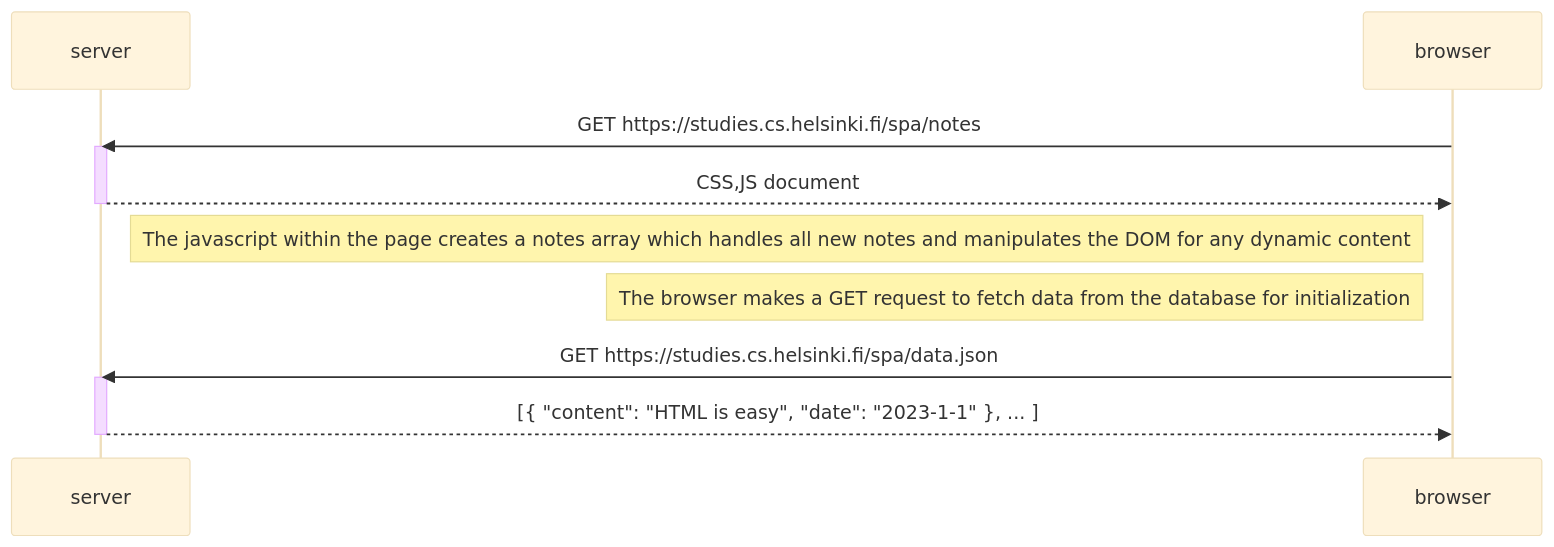
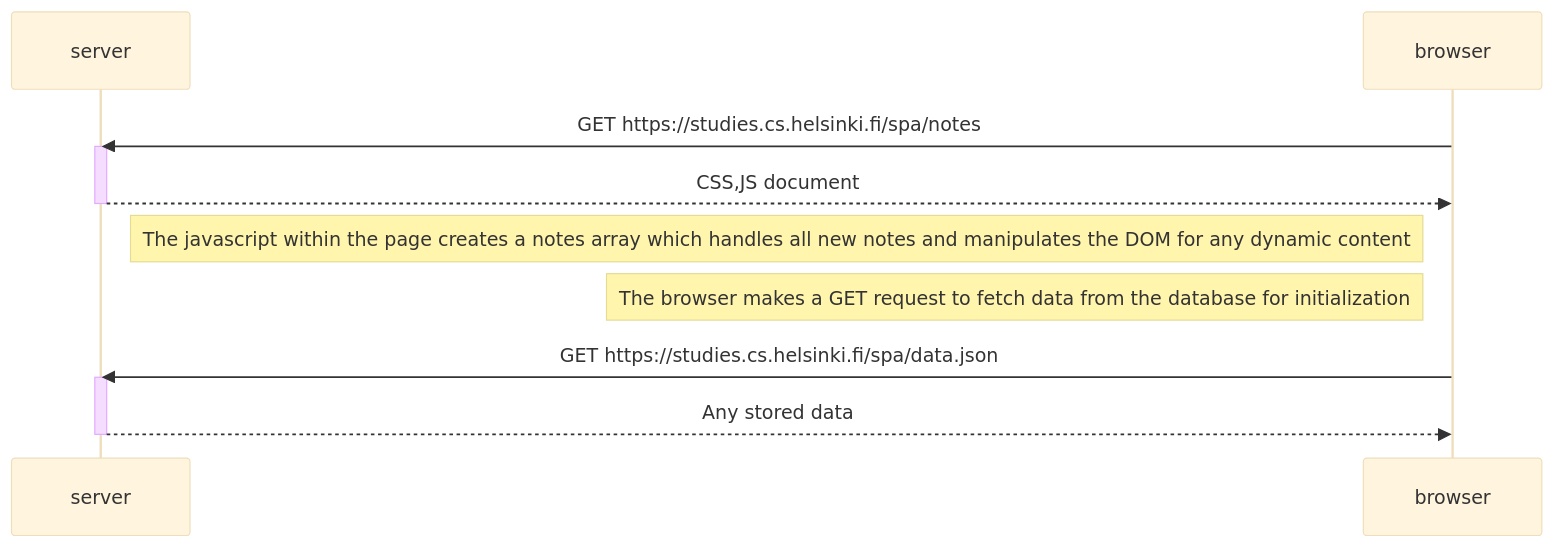
The diagram in part0/singlePageApp.md (Yahska-0818/FSO-Exercises), drawn with Mermaid (base theme) before and after one commit.

Commit message:
0.5 fixed again

````diff
--- a/part0/singlePageApp.md
+++ b/part0/singlePageApp.md
@@ -1,18 +1,18 @@
 ```mermaid
 sequenceDiagram
     participant server
     participant browser
 
     browser->>server: GET https://studies.cs.helsinki.fi/spa/notes
     activate server
     server-->>browser: CSS,JS document
     deactivate server
 
     Note left of browser: The javascript within the page creates a notes array which handles all new notes and manipulates the DOM for any dynamic content
     Note left of browser: The browser makes a GET request to fetch data from the database for initialization
 
     browser->>server: GET https://studies.cs.helsinki.fi/spa/data.json
     activate server
-    server-->>browser: [{ "content": "HTML is easy", "date": "2023-1-1" }, ... ]
+    server-->>browser: Any stored data
     deactivate server
 ```
````
